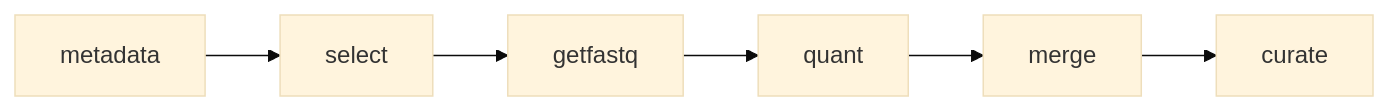
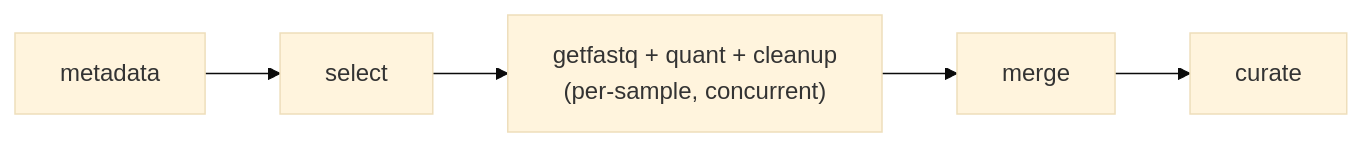
One commit to docxology/MetaInformAnt changed the diagram in config/amalgkit/README.md. Above: the diagram before and after it, drawn with Mermaid (base theme). The commit also changed other lines of this file and 288 other files, not shown here.

````diff
--- a/config/amalgkit/README.md
+++ b/config/amalgkit/README.md
@@ -46,8 +46,7 @@
 ```mermaid
 graph LR
     A[metadata] --> B[select]
-    B --> C[getfastq]
-    C --> D[quant]
-    D --> E[merge]
-    E --> F[curate]
+    B --> C["getfastq + quant + cleanup<br/>(per-sample, concurrent)"]
+    C --> D[merge]
+    D --> E[curate]
 ```
````
